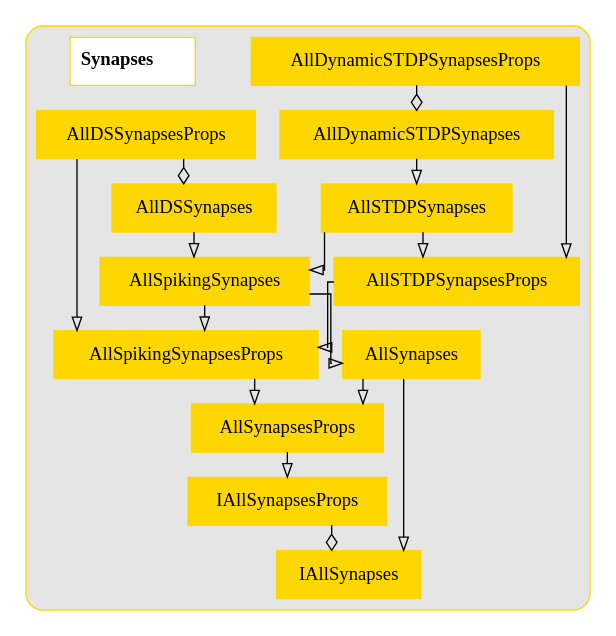
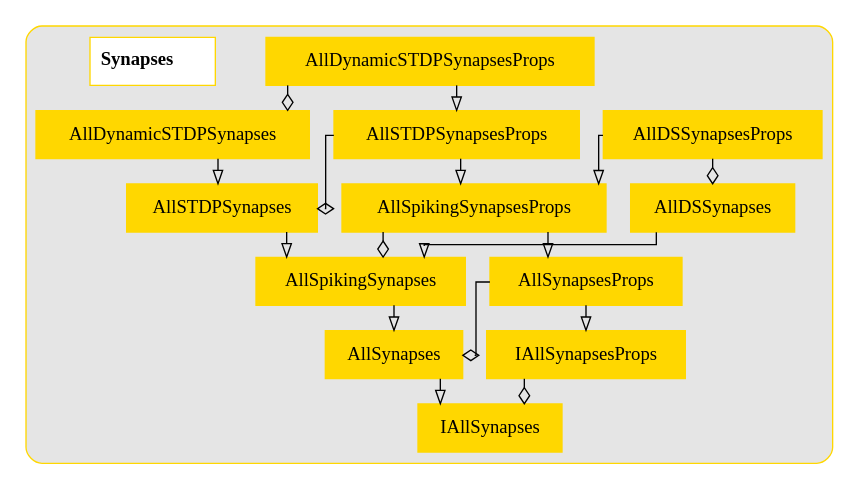
Before and after one commit to UWB-Biocomputing/BrainGrid: the diagram in Tools/DiagramGenerator/ExampleOutputs/dot_subsystems/Synapses.dot, drawn with Graphviz. The commit also changed 13 other files, not shown here.

```diff
--- a/Tools/DiagramGenerator/ExampleOutputs/dot_subsystems/Synapses.dot
+++ b/Tools/DiagramGenerator/ExampleOutputs/dot_subsystems/Synapses.dot
@@ -1,69 +1,72 @@
 digraph{
 	 graph [splines=ortho]
 
 	subgraph clusterSynapses {
 		style = rounded
 		bgcolor = grey90
 		color = gold
 		node [shape = record, color = gold];
 
 		AllDSSynapses[label = AllDSSynapses, style = filled];
 		AllDSSynapsesProps[label = AllDSSynapsesProps, style = filled];
 		AllDynamicSTDPSynapses[label = AllDynamicSTDPSynapses, style = filled];
 		AllDynamicSTDPSynapsesProps[label = AllDynamicSTDPSynapsesProps, style = filled];
 		AllSTDPSynapses[label = AllSTDPSynapses, style = filled];
 		AllSTDPSynapsesProps[label = AllSTDPSynapsesProps, style = filled];
 		AllSpikingSynapses[label = AllSpikingSynapses, style = filled];
 		AllSpikingSynapsesProps[label = AllSpikingSynapsesProps, style = filled];
 		AllSynapses[label = AllSynapses, style = filled];
 		AllSynapsesProps[label = AllSynapsesProps, style = filled];
 		IAllSynapses[label = IAllSynapses, style = filled];
 		IAllSynapsesProps[label = IAllSynapsesProps, style = filled];
 		Synapses[label =< <B> Synapses</B>>, style = bold, fillcolor = white, style = filled];
 
 
 		//------LAYOUT FOR SUBGRAPH------
 
 
 		rankdir = BT; // Rank Direction Bottom to Top
 		nodesep = 1.5; // Node Separation
 		ranksep = 1.5; // Rank Separation
 
 
 		//INHERITANCE//
 
 
 		AllDSSynapses -> AllSpikingSynapses [arrowhead=empty];
 
 		AllDSSynapsesProps -> AllSpikingSynapsesProps [arrowhead=empty];
 
 		AllDynamicSTDPSynapses -> AllSTDPSynapses [arrowhead=empty];
 
 		AllDynamicSTDPSynapsesProps -> AllSTDPSynapsesProps [arrowhead=empty];
 
-		AllSTDPSynapses -> AllSTDPSynapsesProps [arrowhead=empty];
 		AllSTDPSynapses -> AllSpikingSynapses [arrowhead=empty];
 
 		AllSTDPSynapsesProps -> AllSpikingSynapsesProps [arrowhead=empty];
 
-		AllSpikingSynapses -> AllSpikingSynapsesProps [arrowhead=empty];
 		AllSpikingSynapses -> AllSynapses [arrowhead=empty];
 
 		AllSpikingSynapsesProps -> AllSynapsesProps [arrowhead=empty];
 
-		AllSynapses -> AllSynapsesProps [arrowhead=empty];
 		AllSynapses -> IAllSynapses [arrowhead=empty];
 
 		AllSynapsesProps -> IAllSynapsesProps [arrowhead=empty];
 
 
 		//COMPOSITION//
 
 
 		AllDSSynapsesProps -> AllDSSynapses [arrowhead=ediamond];
 
 		AllDynamicSTDPSynapsesProps -> AllDynamicSTDPSynapses [arrowhead=ediamond];
 
+		AllSTDPSynapsesProps -> AllSTDPSynapses [arrowhead=ediamond];
+
+		AllSpikingSynapsesProps -> AllSpikingSynapses [arrowhead=ediamond];
+
+		AllSynapsesProps -> AllSynapses [arrowhead=ediamond];
+
 		IAllSynapsesProps -> IAllSynapses [arrowhead=ediamond];
 	}//end subgraph Synapses
 }//end digraph
```
